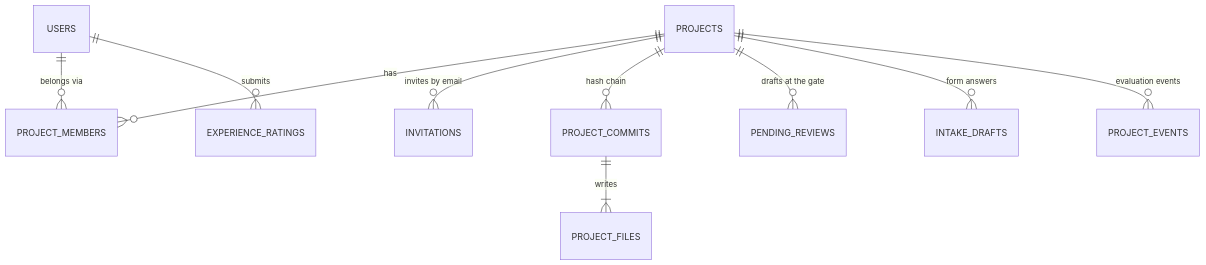
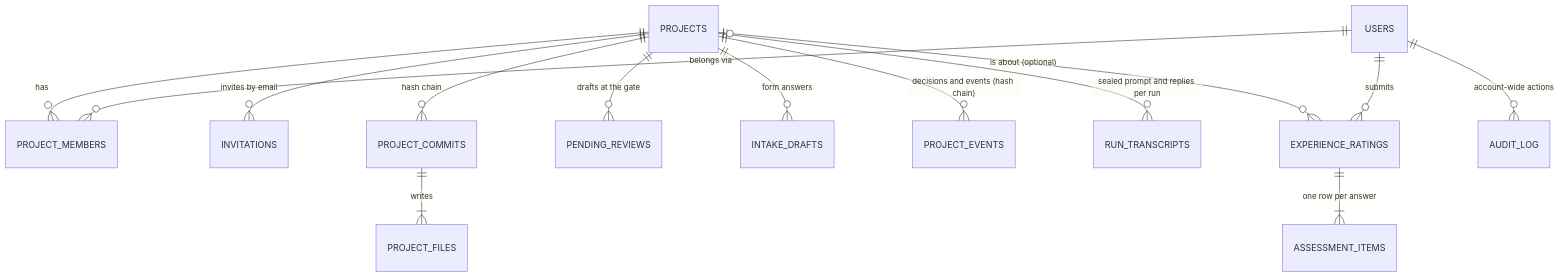
One commit to DiogoCampanha/raia changed the sixth of 11 diagrams in docs/architecture.md. Above: the diagram before and after it, drawn with Mermaid. The commit also changed other lines of this file and 4 other files, not shown here.

First line of the commit message:
Docs for the audit fixes: project log, architecture, README, configuration

````diff
--- a/docs/architecture.md
+++ b/docs/architecture.md
@@ -189,12 +189,16 @@
 ```mermaid
 erDiagram
     USERS ||--o{ PROJECT_MEMBERS : "belongs via"
     PROJECTS ||--o{ PROJECT_MEMBERS : has
     PROJECTS ||--o{ INVITATIONS : "invites by email"
     PROJECTS ||--o{ PROJECT_COMMITS : "hash chain"
     PROJECT_COMMITS ||--|{ PROJECT_FILES : writes
     PROJECTS ||--o{ PENDING_REVIEWS : "drafts at the gate"
     PROJECTS ||--o{ INTAKE_DRAFTS : "form answers"
-    PROJECTS ||--o{ PROJECT_EVENTS : "evaluation events"
+    PROJECTS ||--o{ PROJECT_EVENTS : "decisions and events (hash chain)"
+    PROJECTS ||--o{ RUN_TRANSCRIPTS : "sealed prompt and replies per run"
     USERS ||--o{ EXPERIENCE_RATINGS : submits
+    PROJECTS |o--o{ EXPERIENCE_RATINGS : "is about (optional)"
+    EXPERIENCE_RATINGS ||--|{ ASSESSMENT_ITEMS : "one row per answer"
+    USERS ||--o{ AUDIT_LOG : "account-wide actions"
 ```
````
